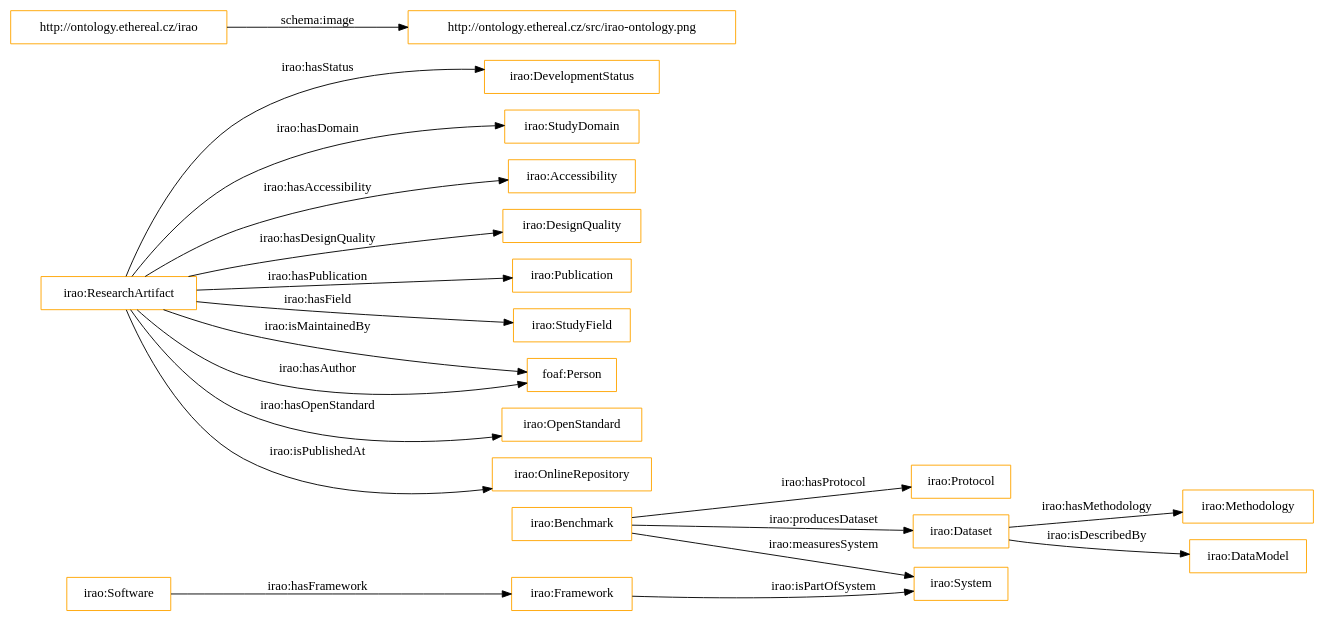
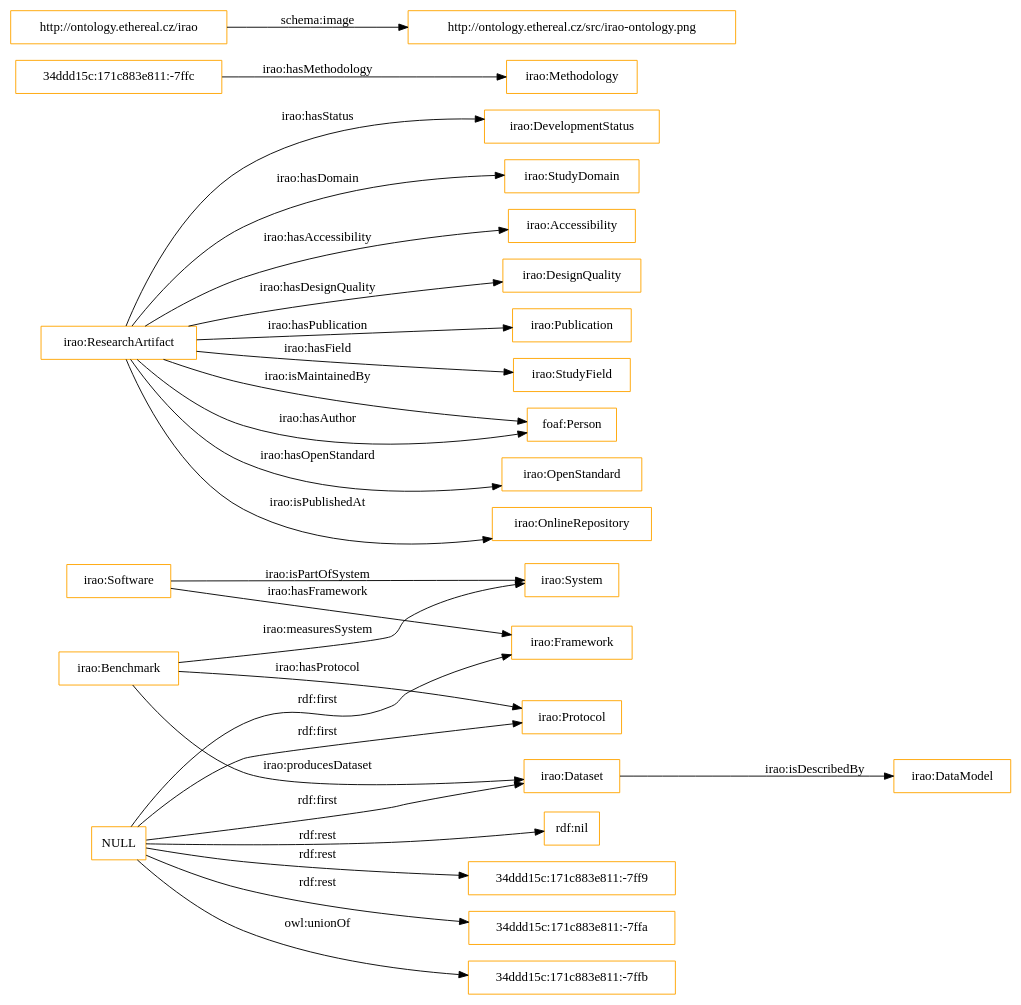
The diagram in OnToology/irao.owl/diagrams/ar2dtool-class/irao.owl.png.dot (nvbach91/research-artifacts-ontology), drawn with Graphviz before and after one commit. The commit also changed 13 other files, not shown here.

```diff
--- a/OnToology/irao.owl/diagrams/ar2dtool-class/irao.owl.png.dot
+++ b/OnToology/irao.owl/diagrams/ar2dtool-class/irao.owl.png.dot
@@ -1,24 +1,31 @@
 digraph ar2dtool_diagram { 
 rankdir=LR;
 size="1501"
-node [shape = rectangle, color="orange"]; "irao:Protocol" "irao:DevelopmentStatus" "irao:Software" "irao:Methodology" "irao:Framework" "irao:StudyDomain" "irao:Accessibility" "irao:ResearchArtifact" "irao:Benchmark" "irao:DesignQuality" "irao:DataModel" "irao:Dataset" "irao:Publication" "irao:StudyField" "foaf:Person" "irao:System" "irao:OpenStandard" "irao:OnlineRepository" ; /*classes style*/
+node [shape = rectangle, color="orange"]; "irao:Protocol" "irao:DevelopmentStatus" "irao:Software" "irao:Methodology" "irao:Framework" "irao:StudyDomain" "irao:Accessibility" "irao:ResearchArtifact" "irao:Benchmark" "irao:DesignQuality" "irao:DataModel" "irao:Dataset" "irao:Publication" "irao:StudyField" "foaf:Person" "irao:System" "irao:OpenStandard" "34ddd15c:171c883e811:-7ffc" "irao:OnlineRepository" ; /*classes style*/
+	"NULL" -> "34ddd15c:171c883e811:-7ff9" [ label = "rdf:rest" ];
+	"NULL" -> "irao:Framework" [ label = "rdf:first" ];
+	"NULL" -> "34ddd15c:171c883e811:-7ffa" [ label = "rdf:rest" ];
+	"NULL" -> "irao:Dataset" [ label = "rdf:first" ];
+	"NULL" -> "34ddd15c:171c883e811:-7ffb" [ label = "owl:unionOf" ];
+	"NULL" -> "rdf:nil" [ label = "rdf:rest" ];
+	"NULL" -> "irao:Protocol" [ label = "rdf:first" ];
 	"http://ontology.ethereal.cz/irao" -> "http://ontology.ethereal.cz/src/irao-ontology.png" [ label = "schema:image" ];
 	"irao:ResearchArtifact" -> "irao:OnlineRepository" [ label = "irao:isPublishedAt" ];
 	"irao:ResearchArtifact" -> "irao:DesignQuality" [ label = "irao:hasDesignQuality" ];
 	"irao:ResearchArtifact" -> "irao:StudyDomain" [ label = "irao:hasDomain" ];
-	"irao:Dataset" -> "irao:Methodology" [ label = "irao:hasMethodology" ];
+	"34ddd15c:171c883e811:-7ffc" -> "irao:Methodology" [ label = "irao:hasMethodology" ];
 	"irao:Dataset" -> "irao:DataModel" [ label = "irao:isDescribedBy" ];
 	"irao:Benchmark" -> "irao:System" [ label = "irao:measuresSystem" ];
 	"irao:ResearchArtifact" -> "irao:StudyField" [ label = "irao:hasField" ];
 	"irao:ResearchArtifact" -> "irao:Publication" [ label = "irao:hasPublication" ];
 	"irao:ResearchArtifact" -> "irao:DevelopmentStatus" [ label = "irao:hasStatus" ];
 	"irao:Benchmark" -> "irao:Protocol" [ label = "irao:hasProtocol" ];
 	"irao:ResearchArtifact" -> "foaf:Person" [ label = "irao:isMaintainedBy" ];
 	"irao:ResearchArtifact" -> "foaf:Person" [ label = "irao:hasAuthor" ];
 	"irao:Software" -> "irao:Framework" [ label = "irao:hasFramework" ];
 	"irao:Benchmark" -> "irao:Dataset" [ label = "irao:producesDataset" ];
 	"irao:ResearchArtifact" -> "irao:Accessibility" [ label = "irao:hasAccessibility" ];
 	"irao:ResearchArtifact" -> "irao:OpenStandard" [ label = "irao:hasOpenStandard" ];
-	"irao:Framework" -> "irao:System" [ label = "irao:isPartOfSystem" ];
+	"irao:Software" -> "irao:System" [ label = "irao:isPartOfSystem" ];
 
 }
```
